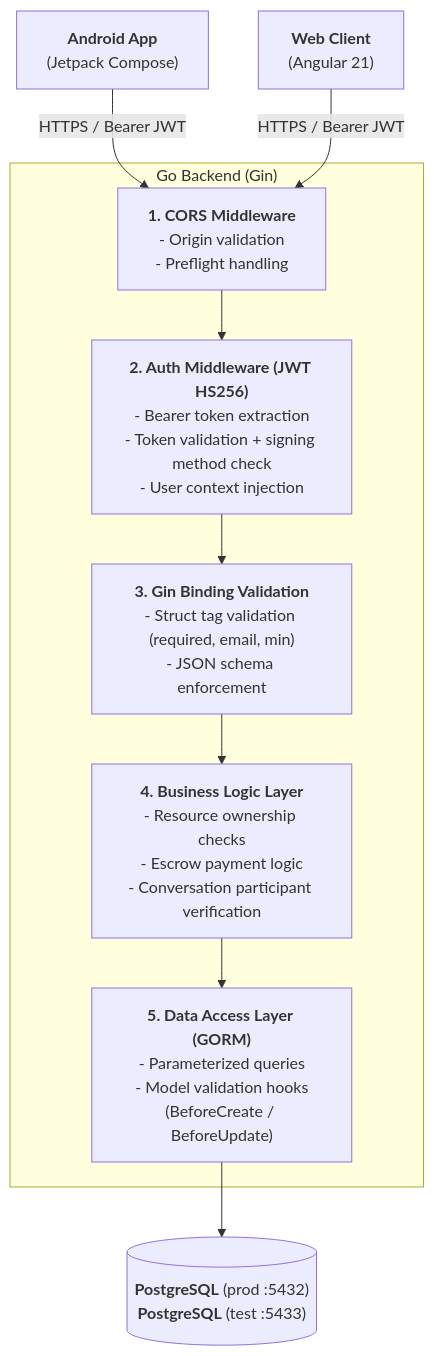
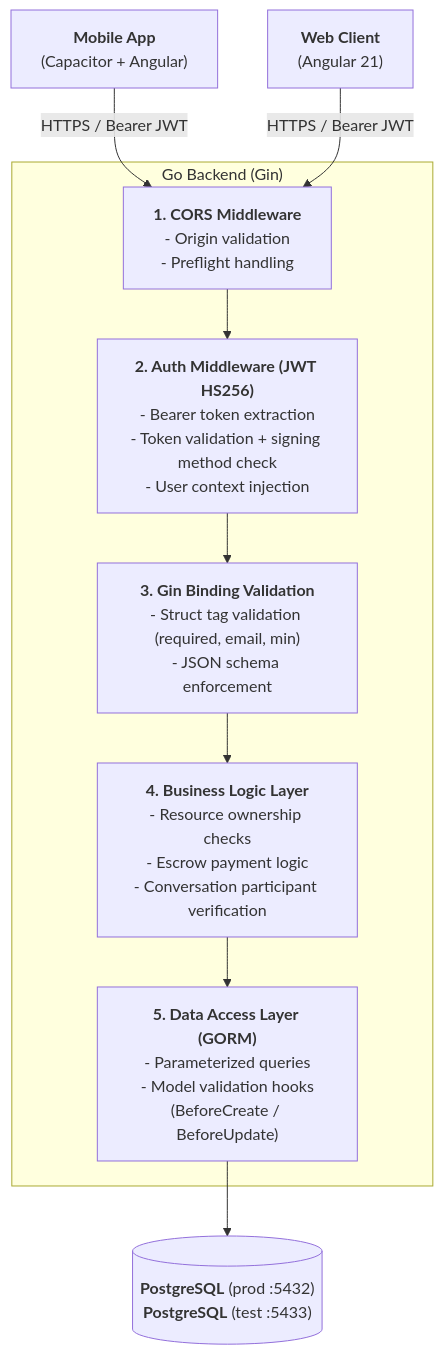
The diagram in docs/technical/SECURITY.md (nhannht/viecz), drawn with Mermaid before and after one commit. The commit also changed other lines of this file and 14 other files, not shown here.

````diff
--- a/docs/technical/SECURITY.md
+++ b/docs/technical/SECURITY.md
@@ -30,23 +29,23 @@
 ```mermaid
 flowchart TD
-    APP["<b>Android App</b><br/>(Jetpack Compose)"]
+    MOBILE["<b>Mobile App</b><br/>(Capacitor + Angular)"]
     WEBAPP["<b>Web Client</b><br/>(Angular 21)"]
 
     subgraph BACKEND ["Go Backend (Gin)"]
         L1["<b>1. CORS Middleware</b><br/>- Origin validation<br/>- Preflight handling"]
         L2["<b>2. Auth Middleware (JWT HS256)</b><br/>- Bearer token extraction<br/>- Token validation + signing method check<br/>- User context injection"]
         L3["<b>3. Gin Binding Validation</b><br/>- Struct tag validation (required, email, min)<br/>- JSON schema enforcement"]
         L4["<b>4. Business Logic Layer</b><br/>- Resource ownership checks<br/>- Escrow payment logic<br/>- Conversation participant verification"]
         L5["<b>5. Data Access Layer (GORM)</b><br/>- Parameterized queries<br/>- Model validation hooks<br/>(BeforeCreate / BeforeUpdate)"]
     end
 
     DB[("<b>PostgreSQL</b> (prod :5432)<br/><b>PostgreSQL</b> (test :5433)")]
 
-    APP -- "HTTPS / Bearer JWT" --> L1
+    MOBILE -- "HTTPS / Bearer JWT" --> L1
     WEBAPP -- "HTTPS / Bearer JWT" --> L1
     L1 --> L2
     L2 --> L3
     L3 --> L4
     L4 --> L5
     L5 --> DB
 ```
````
